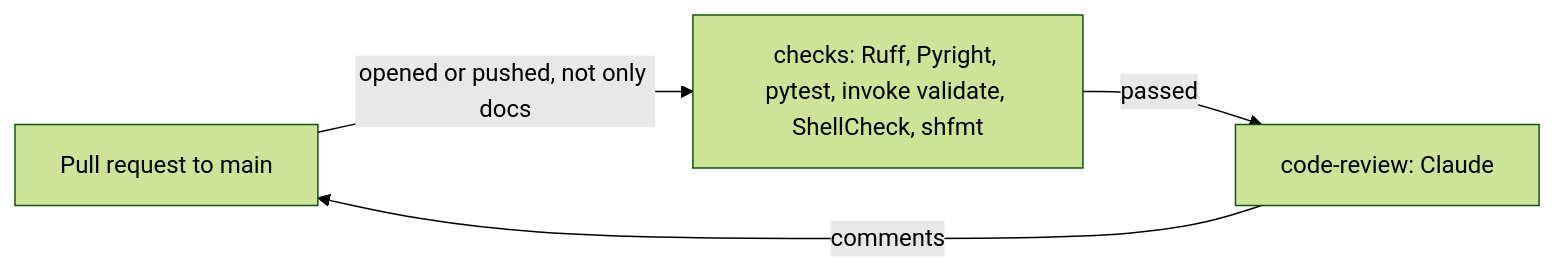
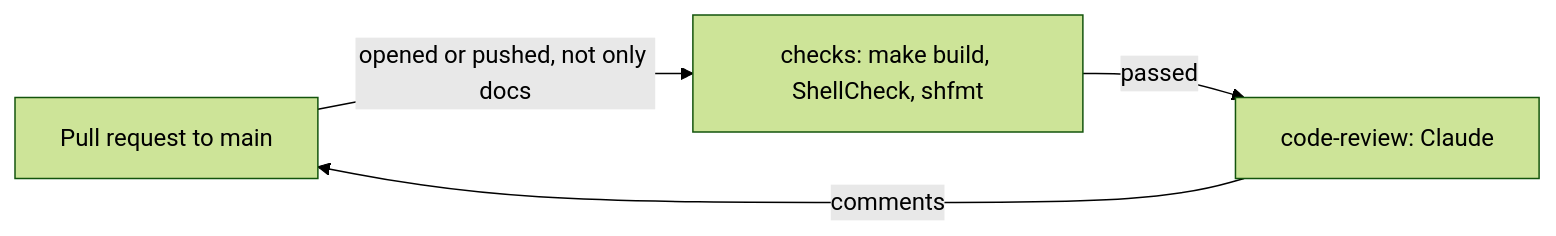
The diagram in docs/ci.md (froazin/wsl), drawn with Mermaid (forest theme) before and after one commit. The commit also changed other lines of this file and 44 other files, not shown here.

First line of the commit message:
feat(cloud-init): Build one Ubuntu user-data and release it with commitizen (#12)

````diff
--- a/docs/ci.md
+++ b/docs/ci.md
@@ -24,8 +20,8 @@
 ```mermaid
 flowchart LR
     accTitle: The jobs that run on a pull request
-    accDescr: A pull request that changes more than docs starts the workflow. The checks job lints, type-checks, tests and validates the config. When the checks pass, the code-review job runs Claude, which comments on the pull request.
-    pr["Pull request to main"] -->|"opened or pushed, not only docs"| checks["checks: Ruff, Pyright, pytest, invoke validate, ShellCheck, shfmt"]
+    accDescr: A pull request that changes more than docs starts the workflow. The checks job builds the user-data and lints the shell scripts. When the checks pass, the code-review job runs Claude, which comments on the pull request.
+    pr["Pull request to main"] -->|"opened or pushed, not only docs"| checks["checks: make build, ShellCheck, shfmt"]
     checks -->|passed| review["code-review: Claude"]
     review -->|comments| pr
 ```
````
